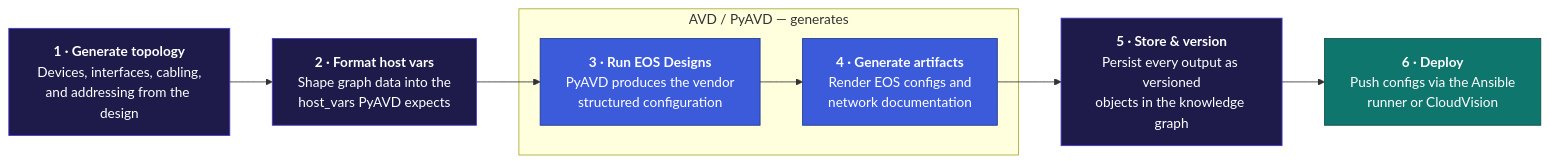
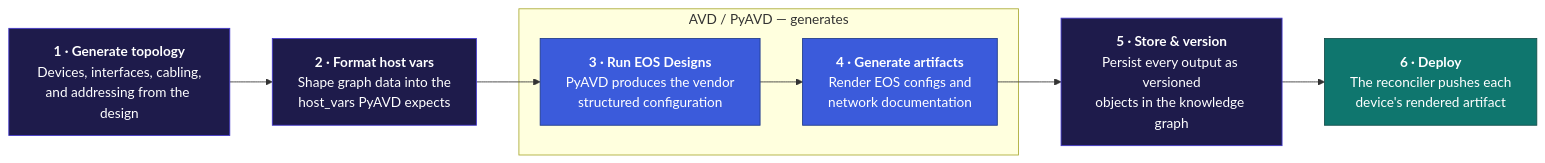
The diagram in docs/docs/home.md (opsmill/infrahub-network-field-day), drawn with Mermaid before and after one commit. The commit also changed 25 other files, not shown here.

````diff
--- a/docs/docs/home.md
+++ b/docs/docs/home.md
@@ -17,20 +17,20 @@
 ```mermaid
 flowchart LR
     S1["<b>1 · Generate topology</b><br/>Devices, interfaces, cabling,<br/>and addressing from the design"]
     S2["<b>2 · Format host vars</b><br/>Shape graph data into the<br/>host_vars PyAVD expects"]
     S3["<b>3 · Run EOS Designs</b><br/>PyAVD produces the vendor<br/>structured configuration"]
     S4["<b>4 · Generate artifacts</b><br/>Render EOS configs and<br/>network documentation"]
     S5["<b>5 · Store &amp; version</b><br/>Persist every output as versioned<br/>objects in the knowledge graph"]
-    S6["<b>6 · Deploy</b><br/>Push configs via the Ansible<br/>runner or CloudVision"]
+    S6["<b>6 · Deploy</b><br/>The reconciler pushes each<br/>device's rendered artifact"]
     S1 --> S2 --> S3 --> S4 --> S5 --> S6
     subgraph gen ["AVD / PyAVD — generates"]
         S3
         S4
     end
     classDef infrahub fill:#1e1b4b,stroke:#4338ca,color:#ffffff;
     classDef avd fill:#3b5bdb,stroke:#1e3a8a,color:#ffffff;
     classDef deploy fill:#0f766e,stroke:#134e4a,color:#ffffff;
     class S1,S2,S5 infrahub
     class S3,S4 avd
     class S6 deploy
 ```
````
